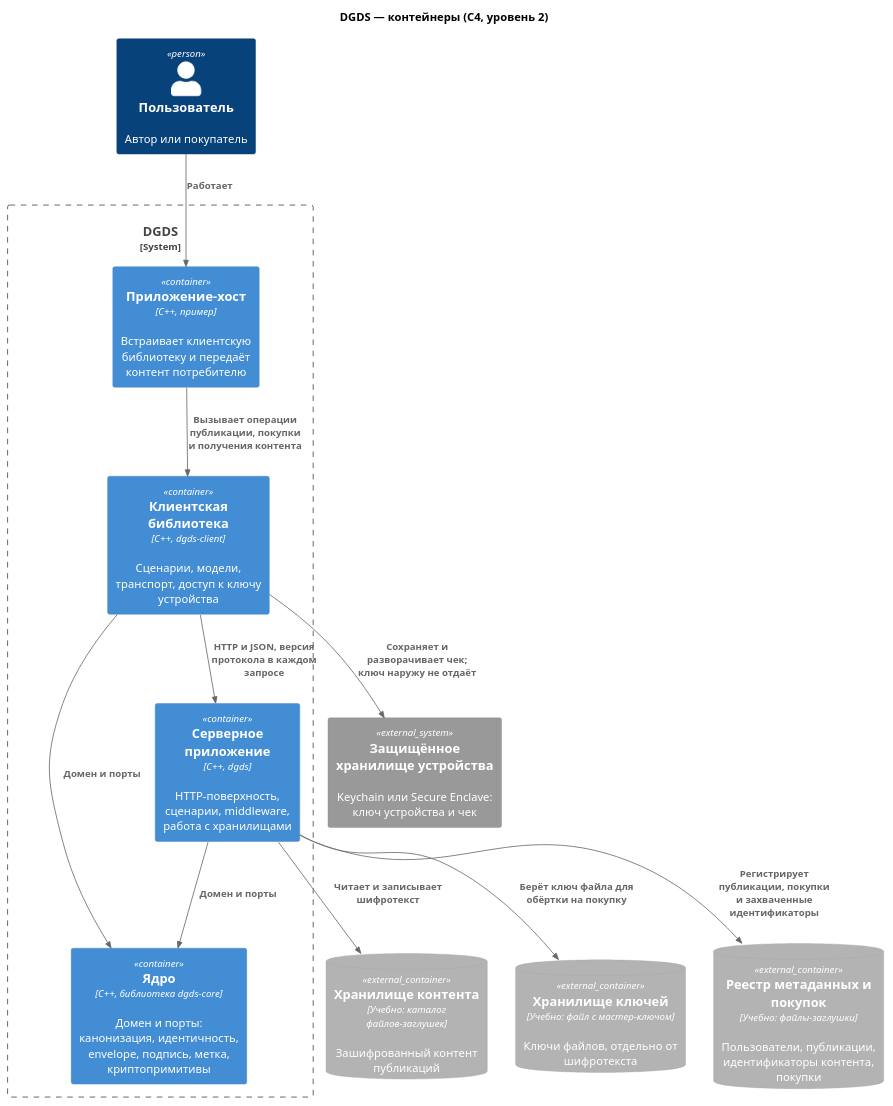
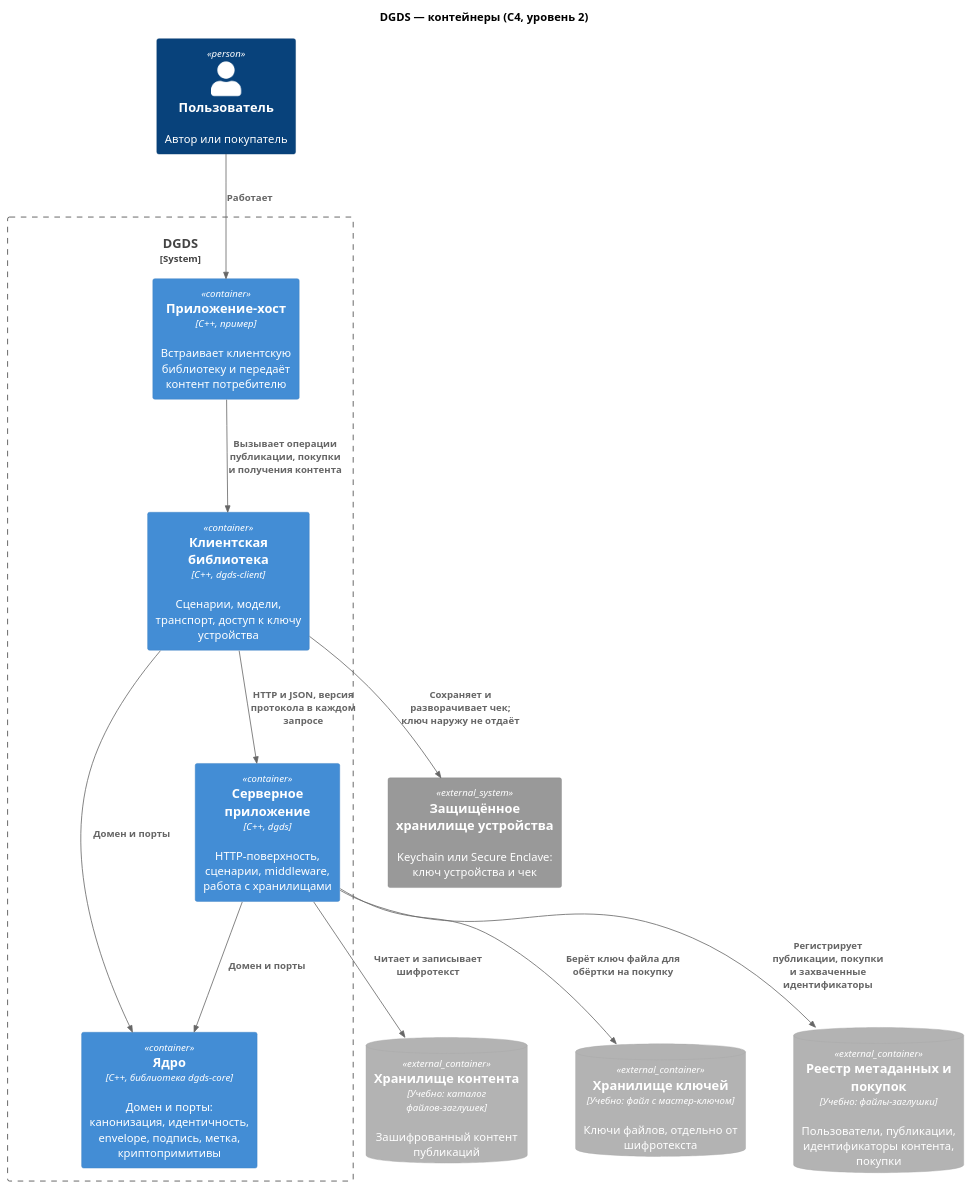
One commit to plushcube/dgds changed the diagram in docs/architecture/02-containers.puml. Above: the diagram before and after it, drawn with PlantUML. The commit also changed 7 other files, not shown here.

```diff
--- a/docs/architecture/02-containers.puml
+++ b/docs/architecture/02-containers.puml
@@ -1,30 +1,33 @@
 @startuml
 !include <C4/C4_Container>
 
 title DGDS — контейнеры (C4, уровень 2)
+
+skinparam nodesep 60
+skinparam ranksep 90
 
 Person(user, "Пользователь", "Автор или покупатель")
 
 System_Boundary(dgds, "DGDS") {
   Container(host, "Приложение-хост", "C++, пример", "Встраивает клиентскую библиотеку и передаёт контент потребителю")
   Container(client, "Клиентская библиотека", "C++, dgds-client", "Сценарии, модели, транспорт, доступ к ключу устройства")
   Container(server, "Серверное приложение", "C++, dgds", "HTTP-поверхность, сценарии, middleware, работа с хранилищами")
   Container(core, "Ядро", "C++, библиотека dgds-core", "Домен и порты: канонизация, идентичность, envelope, подпись, метка, криптопримитивы")
 }
 
 System_Ext(devicekey, "Защищённое хранилище устройства", "Keychain или Secure Enclave: ключ устройства и чек")
 ContainerDb_Ext(blobs, "Хранилище контента", "Учебно: каталог файлов-заглушек", "Зашифрованный контент публикаций")
 ContainerDb_Ext(keys, "Хранилище ключей", "Учебно: файл с мастер-ключом", "Ключи файлов, отдельно от шифротекста")
 ContainerDb_Ext(meta, "Реестр метаданных и покупок", "Учебно: файлы-заглушки", "Пользователи, публикации, идентификаторы контента, покупки")
 
 Rel(user, host, "Работает")
 Rel(host, client, "Вызывает операции публикации, покупки и получения контента")
 Rel_D(client, core, "Домен и порты")
 Rel_D(server, core, "Домен и порты")
 Rel(client, server, "HTTP и JSON, версия протокола в каждом запросе")
 Rel(client, devicekey, "Сохраняет и разворачивает чек; ключ наружу не отдаёт")
 Rel(server, blobs, "Читает и записывает шифротекст")
 Rel(server, keys, "Берёт ключ файла для обёртки на покупку")
 Rel(server, meta, "Регистрирует публикации, покупки и захваченные идентификаторы")
 
 @enduml
```
